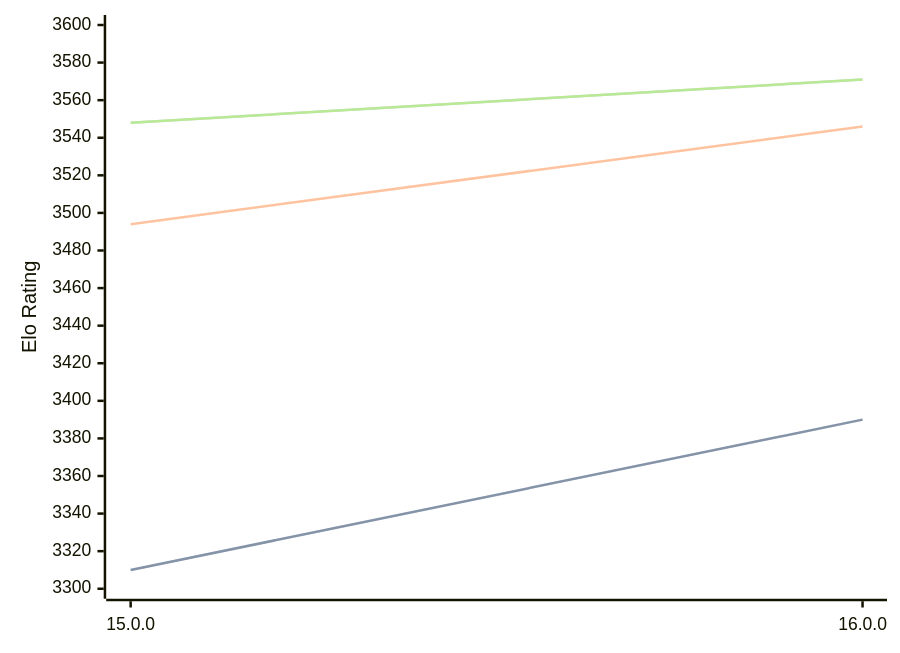
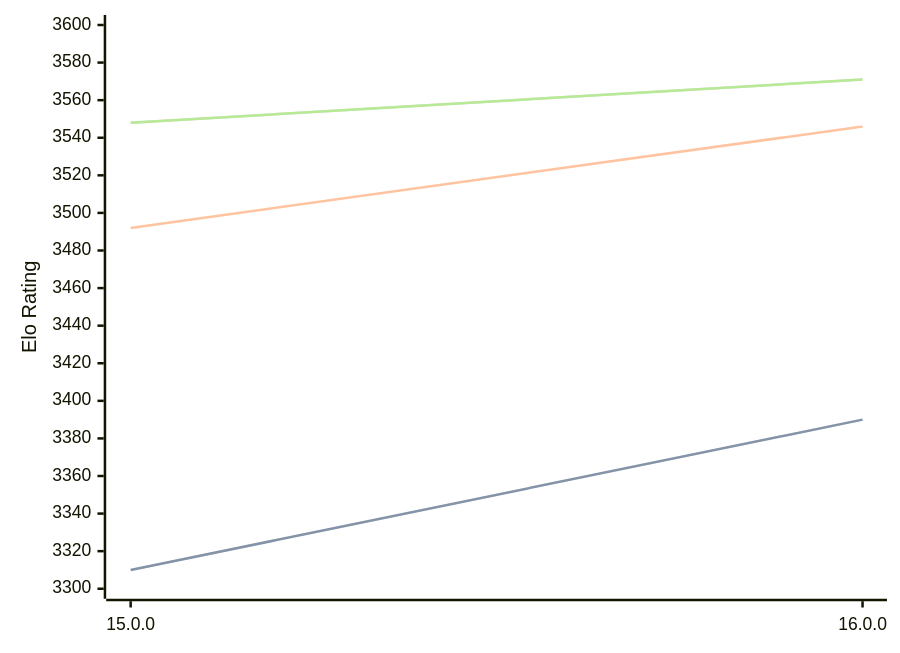
The diagram in engines/Halogen.md (computer-chess-index/cci), drawn with Mermaid before and after one commit. The commit also changed other lines of this file, not shown here.

````diff
--- a/engines/Halogen.md
+++ b/engines/Halogen.md
@@ -50,11 +50,11 @@
 ```mermaid
 %%{init: {"theme":"base","themeVariables":{"seriesColors:['#a3a3a3','#222221','#faa371']}}}%%
 xychart-beta
   x-axis ["15.0.0", "16.0.0"]
   y-axis "Elo Rating" 3300 --> 3600
   line "STC (8.0+0.08s)" [3310, 3390]
   line "STC (8.0+0.08s)" [3310, 3390]
-  line "LTC (60.0+0.60s)" [3494, 3546]
+  line "LTC (60.0+0.60s)" [3492, 3546]
   line "VLTC (2m24s+1.12s)" [3548, 3571]
   line "VLTC (2m24s+1.12s)" [3548, 3571]
 ```
````
